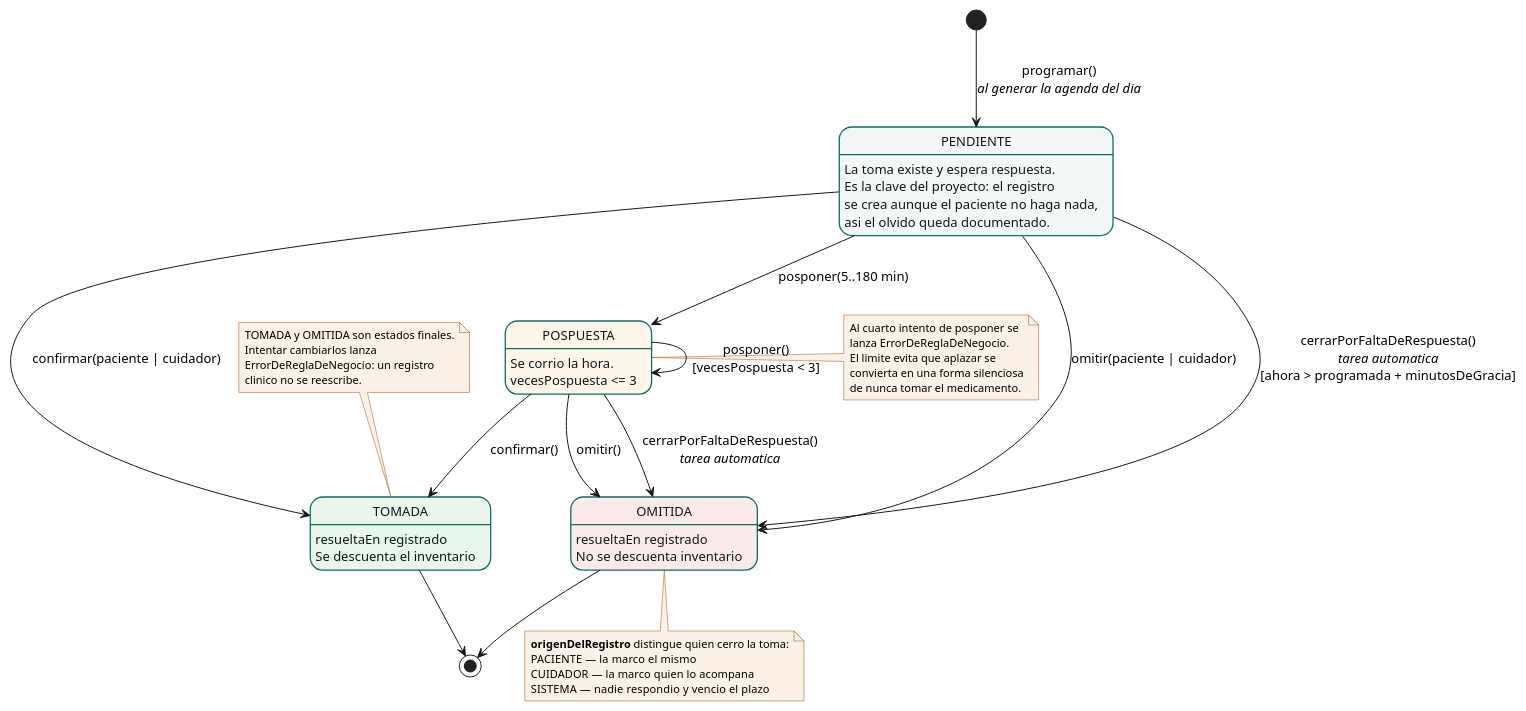
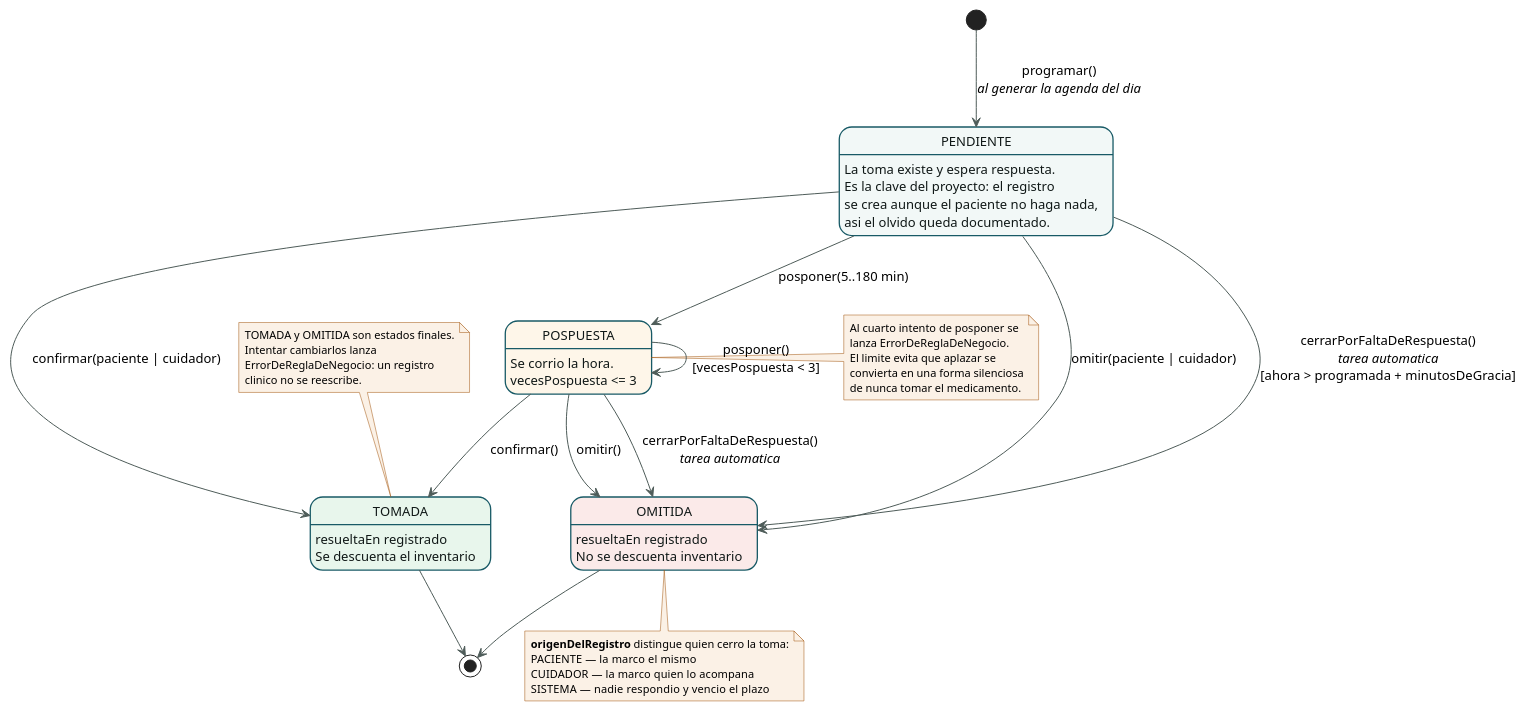
The diagram in docs/diagramas/fuentes/04-estados-toma.puml (EmmanuelC06/Chronova), drawn with PlantUML before and after one commit. The commit also changed 27 other files, not shown here.

First line of the commit message:
Los ocho diagramas al dia y la documentacion con la paleta de la marca

```diff
--- a/docs/diagramas/fuentes/04-estados-toma.puml
+++ b/docs/diagramas/fuentes/04-estados-toma.puml
@@ -1,72 +1,73 @@
 @startuml 04-estados-toma
 ' ============================================================
 '  Chronova — Diagrama de estados de la entidad Toma
 '  Refleja backend/src/domain/toma/Toma.ts
 ' ============================================================
 
 skinparam backgroundColor #FFFFFF
 skinparam shadowing false
 skinparam defaultFontName Helvetica
 skinparam defaultFontSize 13
+skinparam ArrowColor #4E5C59
 
 skinparam state {
-  BorderColor #0E6E62
+  BorderColor #185A66
   BackgroundColor #F2F8F7
   FontColor #101817
-  StartColor #0E6E62
+  StartColor #185A66
   EndColor #101817
   BorderThickness 1.3
 }
 skinparam note {
   BorderColor #A0530A
   BackgroundColor #FBF1E6
   FontSize 11
 }
 
 [*] --> PENDIENTE : programar()\n<i>al generar la agenda del dia</i>
 
 state PENDIENTE #F2F8F7 : La toma existe y espera respuesta.\nEs la clave del proyecto: el registro\nse crea aunque el paciente no haga nada,\nasi el olvido queda documentado.
 
 state POSPUESTA #FEF6E9 : Se corrio la hora.\nvecesPospuesta <= 3
 
 state TOMADA #E8F6EC : resueltaEn registrado\nSe descuenta el inventario
 
 state OMITIDA #FBEAE9 : resueltaEn registrado\nNo se descuenta inventario
 
 PENDIENTE --> TOMADA : confirmar(paciente | cuidador)
 PENDIENTE --> OMITIDA : omitir(paciente | cuidador)
 PENDIENTE --> POSPUESTA : posponer(5..180 min)
 
 POSPUESTA --> TOMADA : confirmar()
 POSPUESTA --> OMITIDA : omitir()
 POSPUESTA --> POSPUESTA : posponer()\n[vecesPospuesta < 3]
 
 PENDIENTE --> OMITIDA : cerrarPorFaltaDeRespuesta()\n<i>tarea automatica</i>\n[ahora > programada + minutosDeGracia]
 POSPUESTA --> OMITIDA : cerrarPorFaltaDeRespuesta()\n<i>tarea automatica</i>
 
 TOMADA --> [*]
 OMITIDA --> [*]
 
 note right of POSPUESTA
   Al cuarto intento de posponer se
   lanza ErrorDeReglaDeNegocio.
   El limite evita que aplazar se
   convierta en una forma silenciosa
   de nunca tomar el medicamento.
 end note
 
 note bottom of OMITIDA
   <b>origenDelRegistro</b> distingue quien cerro la toma:
   PACIENTE  — la marco el mismo
   CUIDADOR  — la marco quien lo acompana
   SISTEMA   — nadie respondio y vencio el plazo
 end note
 
 note top of TOMADA
   TOMADA y OMITIDA son estados finales.
   Intentar cambiarlos lanza
   ErrorDeReglaDeNegocio: un registro
   clinico no se reescribe.
 end note
 
 @enduml
```
